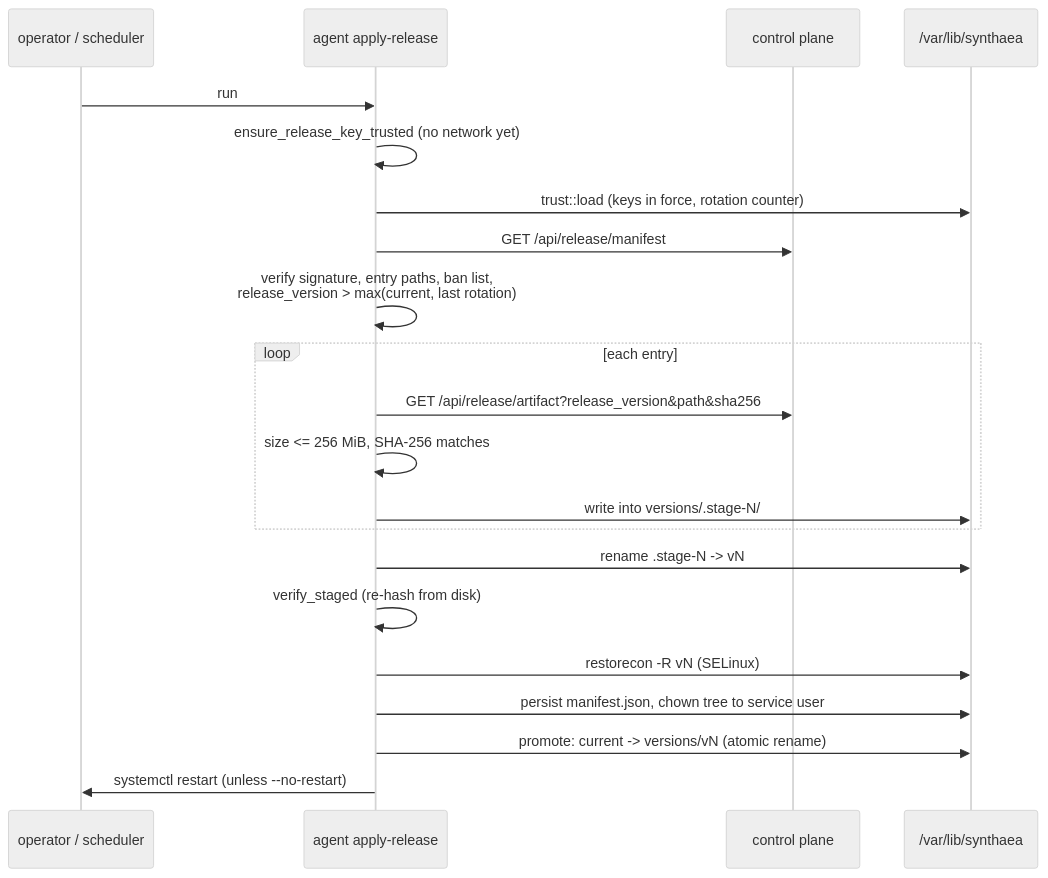
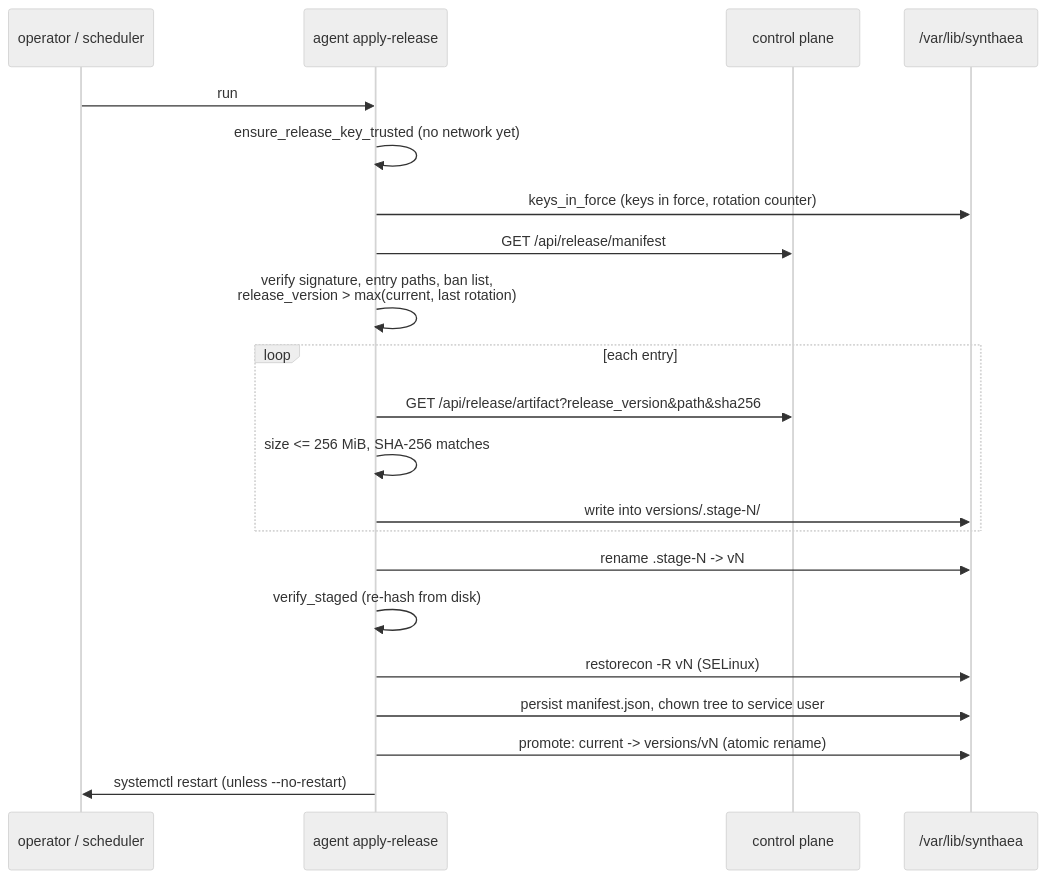
The first of 2 diagrams in docs/updates-and-releases.md (synthaea-lab/agent), drawn with Mermaid (neutral theme) before and after one commit. The commit also changed other lines of this file and 7 other files, not shown here.

First line of the commit message:
refactor(updater): the keys in force are loaded by updater, not by the binary (#394)

````diff
--- a/docs/updates-and-releases.md
+++ b/docs/updates-and-releases.md
@@ -109,23 +109,23 @@
 ```mermaid
 sequenceDiagram
   participant Op as operator / scheduler
   participant A as agent apply-release
   participant CP as control plane
   participant FS as /var/lib/synthaea
   Op->>A: run
   A->>A: ensure_release_key_trusted (no network yet)
-  A->>FS: trust::load (keys in force, rotation counter)
+  A->>FS: keys_in_force (keys in force, rotation counter)
   A->>CP: GET /api/release/manifest
   A->>A: verify signature, entry paths, ban list,<br/>release_version > max(current, last rotation)
   loop each entry
     A->>CP: GET /api/release/artifact?release_version&path&sha256
     A->>A: size <= 256 MiB, SHA-256 matches
     A->>FS: write into versions/.stage-N/
   end
   A->>FS: rename .stage-N -> vN
   A->>A: verify_staged (re-hash from disk)
   A->>FS: restorecon -R vN (SELinux)
   A->>FS: persist manifest.json, chown tree to service user
   A->>FS: promote: current -> versions/vN (atomic rename)
   A->>Op: systemctl restart (unless --no-restart)
 ```
````
